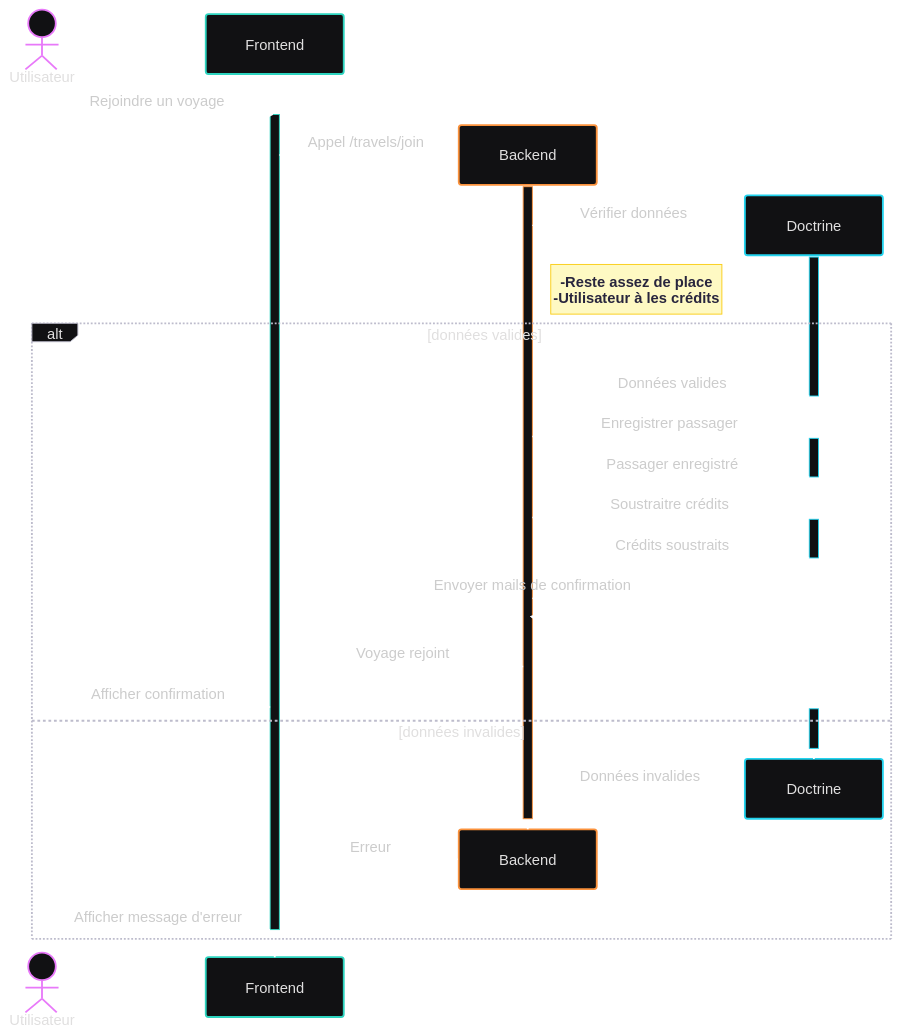
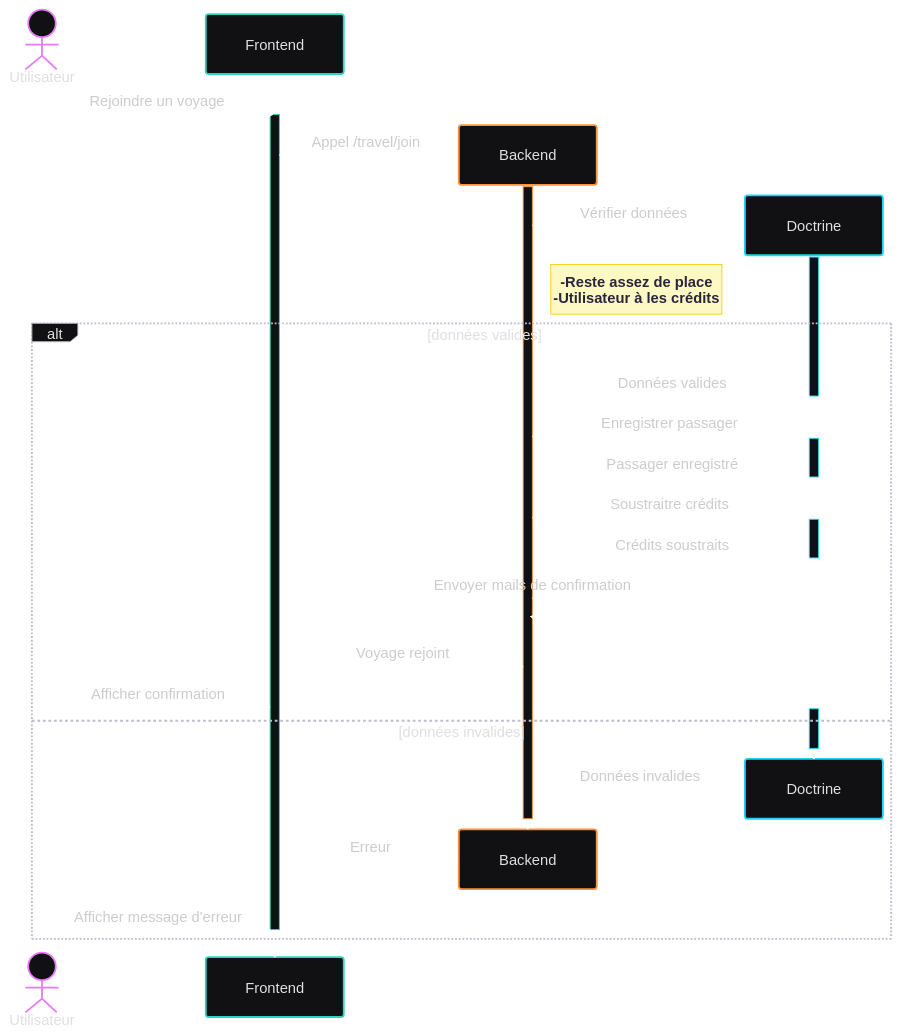
The diagram in diagrams/sequences/joinTravel.mmd (Anarchick/EcoRide), drawn with Mermaid before and after one commit. The commit also changed 2 other files, not shown here.

Commit message:
update diagrams

```diff
--- a/diagrams/sequences/joinTravel.mmd
+++ b/diagrams/sequences/joinTravel.mmd
@@ -1,33 +1,33 @@
 %%{init: {"theme": "redux-dark-color"}}%%
 sequenceDiagram
 actor U as Utilisateur
 participant F as Frontend
 
 U ->> F: Rejoindre un voyage
 activate F
 create participant B as Backend
-F ->> B: Appel /travels/join
+F ->> B: Appel /travel/join
 activate B
 create participant D as Doctrine
 B ->>+ D: Vérifier données
 Note right of B: -Reste assez de place<br>-Utilisateur à les crédits
 alt données valides
     D -->>- B: Données valides
     B ->>+ D: Enregistrer passager
     D -->>- B: Passager enregistré
     B ->>+ D: Soustraitre crédits
     D -->>- B: Crédits soustraits
     B ->> B: Envoyer mails de confirmation
     B -->> F: Voyage rejoint
     F -->> U: Afficher confirmation
 activate D
 else données invalides
     deactivate D
     destroy D
     D -->> B: Données invalides
     deactivate B
     destroy B
     B -->> F: Erreur
     F -->> U: Afficher message d'erreur
     deactivate F
 end
```
